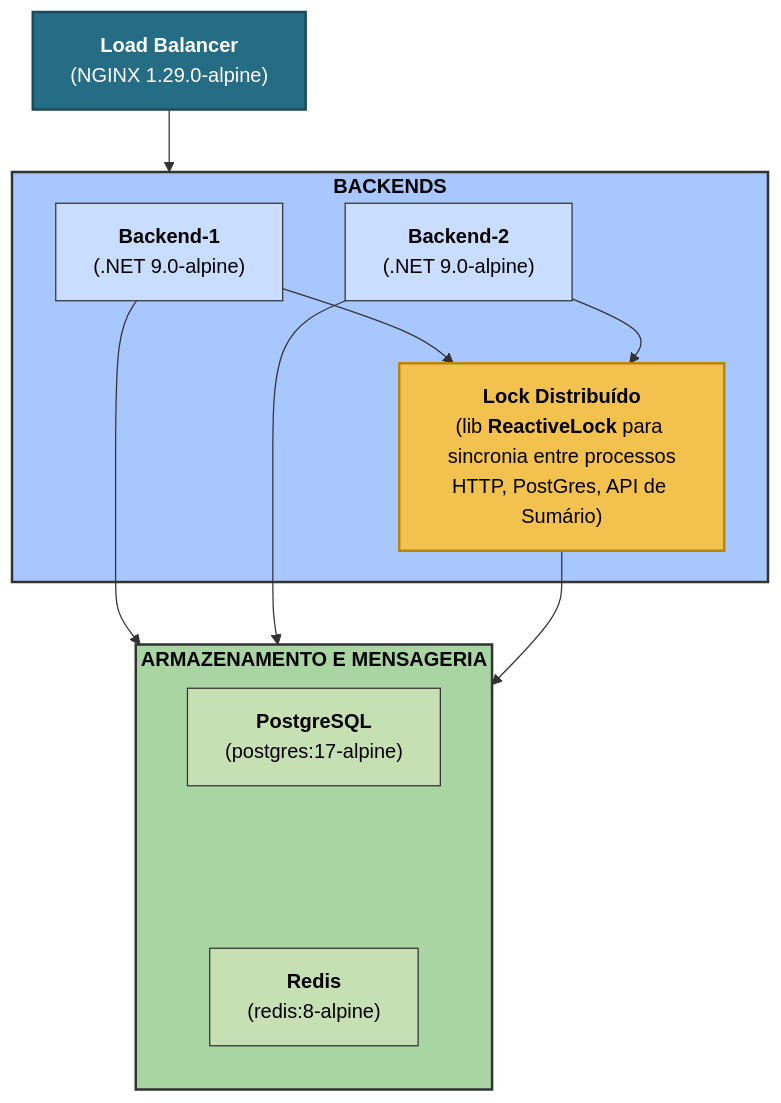
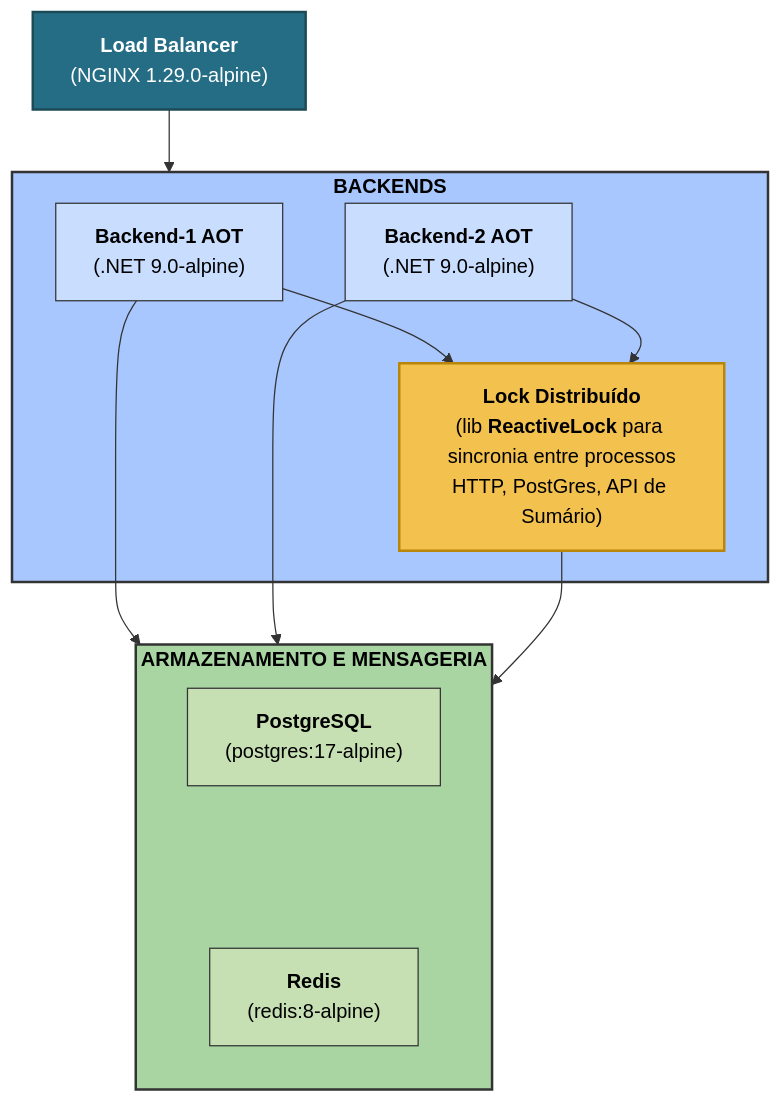
Before and after one commit to micheloliveira-com/rinha-de-backend-2025-dotnet-csharp-redis-grpc: the diagram in README.md, drawn with Mermaid.

Commit message:
refactor: clarify backend labels in diagram by adding AOT designation for better understanding

````diff
--- a/README.md
+++ b/README.md
@@ -16,43 +16,43 @@
 ```mermaid
 
 graph TD
   loadBalancer["<b>Load Balancer</b><br />(NGINX 1.29.0-alpine)"]
 
   subgraph backendsGroup["<b>BACKENDS</b>"]
-    backend1["<b>Backend-1</b><br />(.NET 9.0-alpine)"]
-    backend2["<b>Backend-2</b><br />(.NET 9.0-alpine)"]
+    backend1["<b>Backend-1 AOT</b><br />(.NET 9.0-alpine)"]
+    backend2["<b>Backend-2 AOT</b><br />(.NET 9.0-alpine)"]
     reactiveLock["<b>Lock Distribuído</b><br/>(lib <b>ReactiveLock</b> para sincronia entre processos<br/>HTTP, PostGres, API de Sumário)"]
   end
 
   subgraph storageGroup["<b>ARMAZENAMENTO E MENSAGERIA</b>"]
     postgres["<b>PostgreSQL</b><br />(postgres:17-alpine)"]
     spacer[" "]:::invisible
     redis["<b>Redis</b><br />(redis:8-alpine)"]
   end
 
   loadBalancer --> backendsGroup
 
   backend1 --> storageGroup
   backend2 --> storageGroup
 
   backend1 --> reactiveLock
   backend2 --> reactiveLock
 
   reactiveLock --> storageGroup
 
   classDef invisible fill:none,stroke:none;
 
   %% Estilos de cor
   style loadBalancer fill:#256D85,stroke:#1B4B57,stroke-width:2px,color:#FFFFFF
 
   style backendsGroup fill:#a8c7ff,stroke:#333,stroke-width:2px,color:#000
   style backend1 fill:#c9ddff,stroke:#333,stroke-width:1px,color:#000
   style backend2 fill:#c9ddff,stroke:#333,stroke-width:1px,color:#000
   style reactiveLock fill:#f2c14e,stroke:#b8860b,stroke-width:2px,color:#000
 
   style storageGroup fill:#a8d5a2,stroke:#333,stroke-width:2px,color:#000
   style postgres fill:#c6e0b4,stroke:#333,stroke-width:1px,color:#000
   style redis fill:#c6e0b4,stroke:#333,stroke-width:1px,color:#000
   
 
 ```
````
